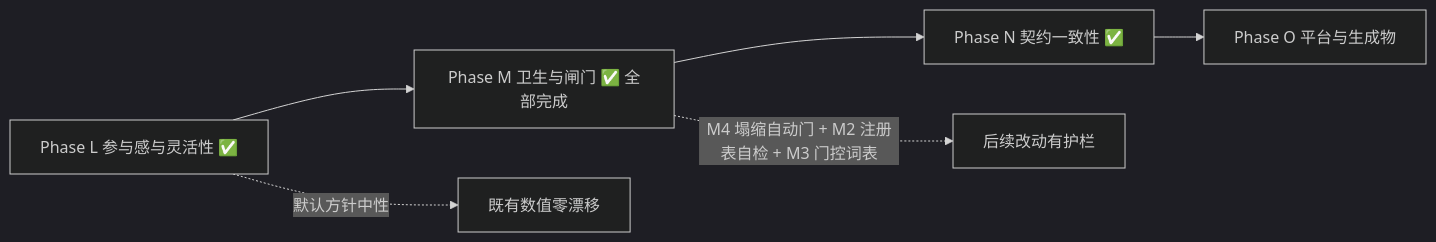
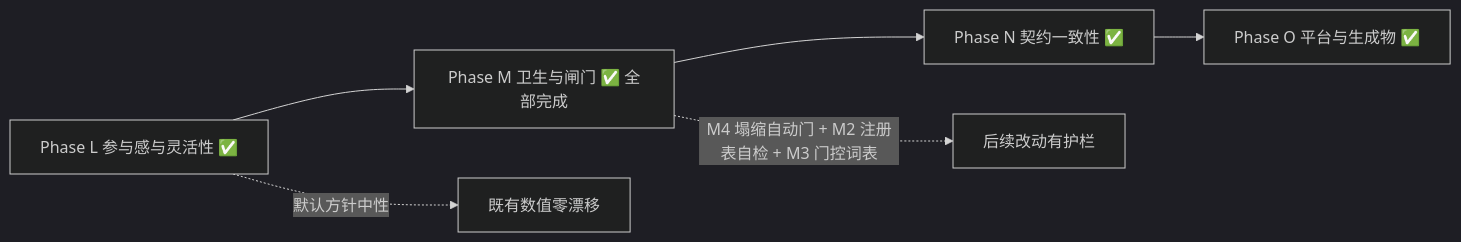
The diagram in docs/ROADMAP.md (reney-0202/a-simple-world-map), drawn with Mermaid (dark theme) before and after one commit. The commit also changed other lines of this file and 5 other files, not shown here.

````diff
--- a/docs/ROADMAP.md
+++ b/docs/ROADMAP.md
@@ -307,8 +340,8 @@
 ```mermaid
 graph LR
   L[Phase L 参与感与灵活性 ✅] --> M[Phase M 卫生与闸门 ✅ 全部完成]
   M --> N[Phase N 契约一致性 ✅]
-  N --> O[Phase O 平台与生成物]
+  N --> O[Phase O 平台与生成物 ✅]
   L -.->|默认方针中性| B1[既有数值零漂移]
   M -.->|M4 塌缩自动门 + M2 注册表自检 + M3 门控词表| B2[后续改动有护栏]
 ```
````
